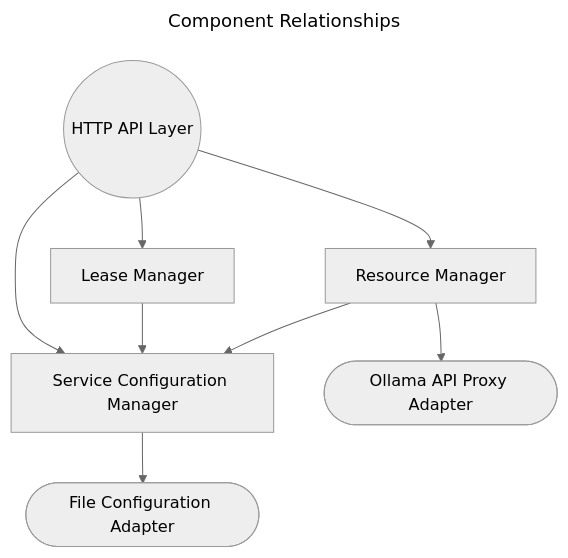
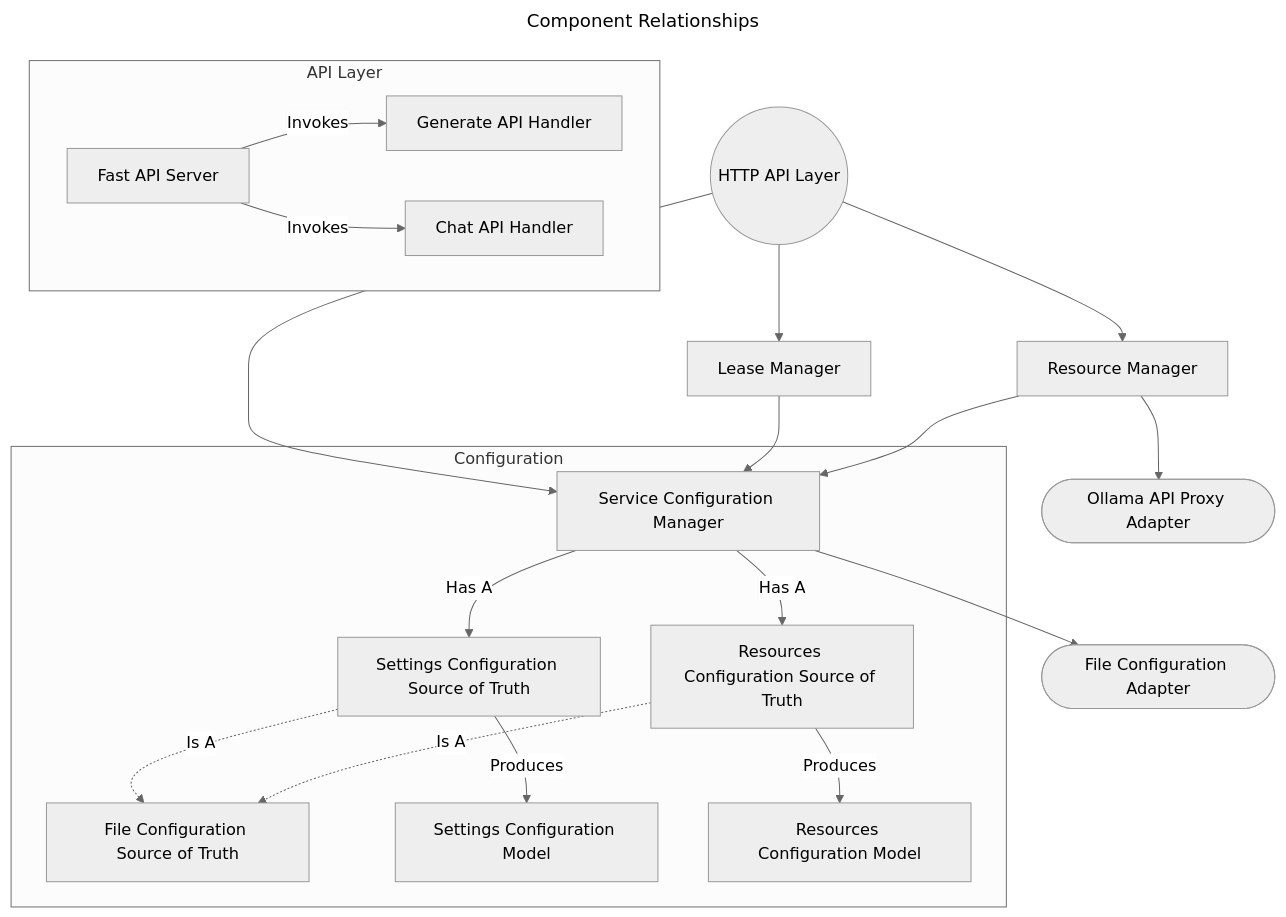
Before and after one commit to emerycomstock/LLMutex: the diagram in docs/releases/release-v0.1.0.md, drawn with Mermaid (neutral theme).

Commit message:
[feat] Update v0.1.0 component diagram

````diff
--- a/docs/releases/release-v0.1.0.md
+++ b/docs/releases/release-v0.1.0.md
@@ -385,24 +385,49 @@
 ```mermaid
 ---
 title: Component Relationships
 ---
 flowchart
-    config-manager[Service Configuration Manager]
     file-config-adapter([File Configuration Adapter])
     
     http-api((HTTP API Layer))
     resource-manager[Resource Manager]
     ollama-proxy-adapter([Ollama API Proxy Adapter])
     lease-manager[Lease Manager]
+
+    subgraph API Layer
+        fast-api-server[Fast API Server]
+        generate-api-handler[Generate API Handler]
+        chat-api-handler[Chat API Handler]
+
+        fast-api-server -- Invokes --> generate-api-handler
+        fast-api-server -- Invokes --> chat-api-handler
+    end
+
+    subgraph Configuration
+        config-manager[Service Configuration Manager]
+        settings-sot[Settings Configuration Source of Truth]
+        resources-sot[Resources Configuration Source of Truth]
+        file-sot[File Configuration Source of Truth]
+
+        settings-model[Settings Configuration Model]
+        resources-model[Resources Configuration Model]
+
+        config-manager -- Has A --> settings-sot
+        config-manager -- Has A --> resources-sot
+        settings-sot -. Is A .-> file-sot
+        settings-sot -- Produces --> settings-model
+        resources-sot -. Is A .-> file-sot
+        resources-sot -- Produces --> resources-model
+    end
 
     http-api --> lease-manager
     http-api --> resource-manager
     http-api --> config-manager
     
     lease-manager --> config-manager
 
     resource-manager --> ollama-proxy-adapter
     resource-manager --> config-manager
 
     config-manager --> file-config-adapter
 ```
````
